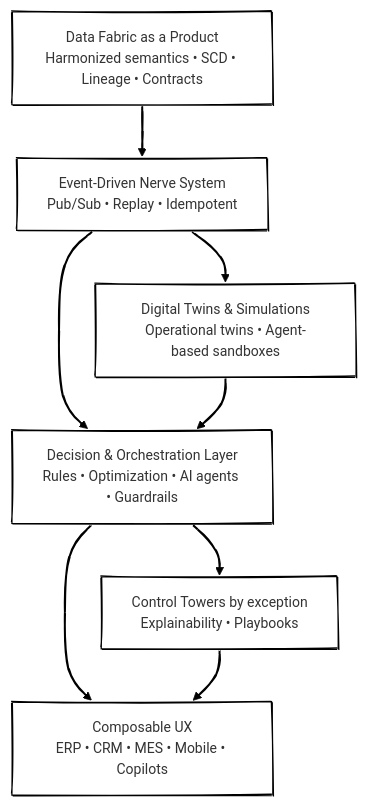
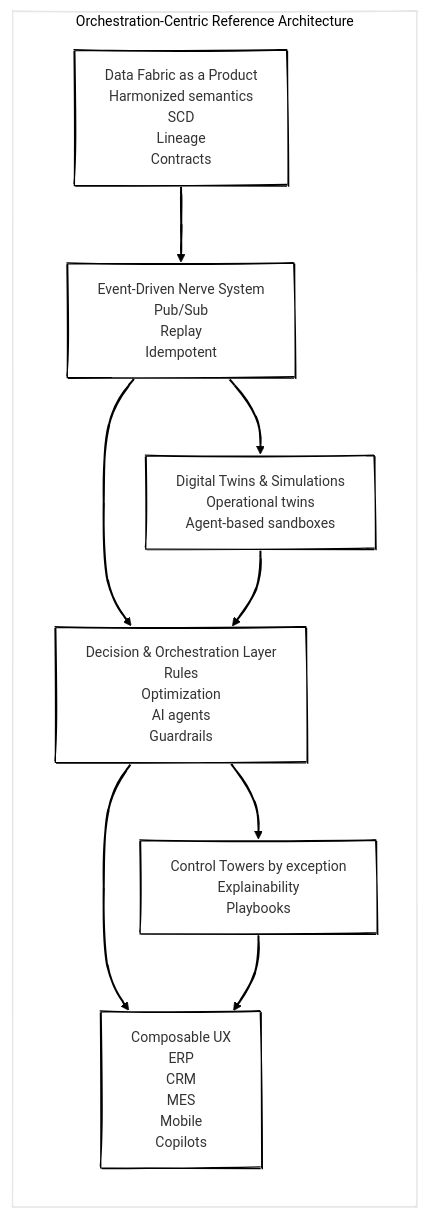
The third of 8 diagrams in posts/from-planning-to-orchestration-reimagining-enterprise-beyond-S&OP/index.qmd (antomon/antomon.github.io), drawn with Mermaid before and after one commit. The commit also changed other lines of this file and 4 other files, not shown here.

````diff
--- a/posts/from-planning-to-orchestration-reimagining-enterprise-beyond-S&OP/index.qmd
+++ b/posts/from-planning-to-orchestration-reimagining-enterprise-beyond-S&OP/index.qmd
@@ -216,14 +216,25 @@
 ```{mermaid}
-%%| label: reference-architecture
+%%| label: fig-reference-architecture
 %%| fig-cap: Orchestrate, don’t integrate, reference architecture
 %%| fig-alt: Layered architecture with data fabric, event backbone, decision/orchestration, twins/sim, control towers, and composable UX
 %%| fig-align: "center"
 %%{init: {"theme": "neo", "look": "handDrawn"}}%%
 
 flowchart TD
-    DF["Data Fabric as a Product<br>Harmonized semantics • SCD • Lineage • Contracts"] --> EV["Event-Driven Nerve System<br>Pub/Sub • Replay • Idempotent"]
-    EV --> TW["Digital Twins &amp; Simulations<br>Operational twins • Agent-based sandboxes"] & DO["Decision &amp; Orchestration Layer<br>Rules • Optimization • AI agents • Guardrails"]
+
+  subgraph RA[Orchestration#8209;Centric&nbsp;Reference&nbsp;Architecture]
+    direction TB
+
+    DF["Data Fabric as a Product<br>Harmonized semantics<br/>SCD<br/>Lineage<br/>Contracts"] --> EV["Event-Driven Nerve System<br>Pub/Sub<br/>Replay<br/>Idempotent"]
+
+    EV --> TW["Digital Twins &amp; Simulations<br>Operational twins<br/>Agent-based sandboxes"]
+    EV --> DO["Decision &amp; Orchestration Layer<br>Rules<br/>Optimization<br/>AI agents<br/>Guardrails"]
+
     TW --> DO
-    DO --> CT["Control Towers by exception<br>Explainability • Playbooks"] & UX["Composable UX<br>ERP • CRM • MES • Mobile • Copilots"]
+
+    DO --> CT["Control Towers by exception<br>Explainability<br/>Playbooks"]
+    DO --> UX["Composable UX<br>ERP<br/>CRM<br/>MES<br/>Mobile<br/>Copilots"]
+
     CT --> UX
+  end
 ```
````
